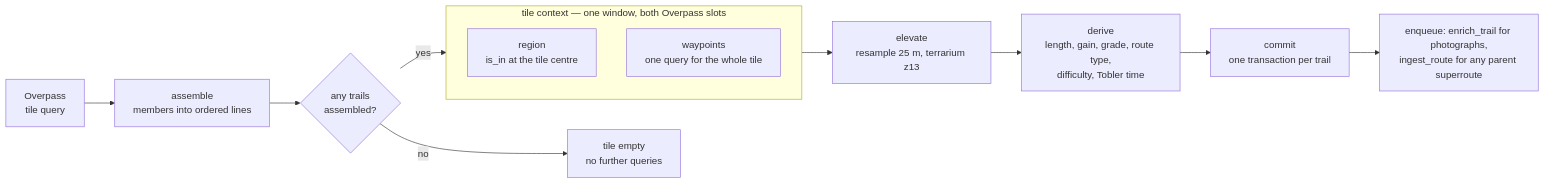
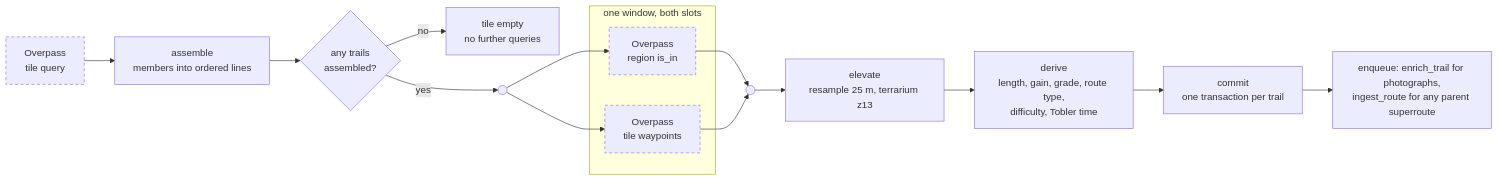
One commit to mbahgatTech/switchback changed the third of 13 diagrams in docs/architecture.md. Above: the diagram before and after it, drawn with Mermaid. The commit also changed other lines of this file and 5 other files, not shown here.

````diff
--- a/docs/architecture.md
+++ b/docs/architecture.md
@@ -88,16 +88,21 @@
 ```mermaid
 flowchart LR
   A["Overpass<br/>tile query"] --> B["assemble<br/>members into ordered lines"]
   B --> X{"any trails<br/>assembled?"}
   X -- no --> Z["tile empty<br/>no further queries"]
-  X -- yes --> T
-  subgraph T["tile context — one window, both Overpass slots"]
-    direction TB
-    T1["region<br/>is_in at the tile centre"]
-    T2["waypoints<br/>one query for the whole tile"]
+  X -- yes --> F(( ))
+  subgraph W["one window, both slots"]
+    T1["Overpass<br/>region is_in"]
+    T2["Overpass<br/>tile waypoints"]
   end
-  T --> C["elevate<br/>resample 25 m, terrarium z13"]
+  F --> T1
+  F --> T2
+  T1 --> J(( ))
+  T2 --> J(( ))
+  J --> C["elevate<br/>resample 25 m, terrarium z13"]
   C --> D["derive<br/>length, gain, grade, route type,<br/>difficulty, Tobler time"]
   D --> E["commit<br/>one transaction per trail"]
-  E --> F["enqueue: enrich_trail for photographs,<br/>ingest_route for any parent superroute"]
+  E --> G["enqueue: enrich_trail for photographs,<br/>ingest_route for any parent superroute"]
+  classDef donated stroke-dasharray: 5 4
+  class A,T1,T2 donated
 ```
````
